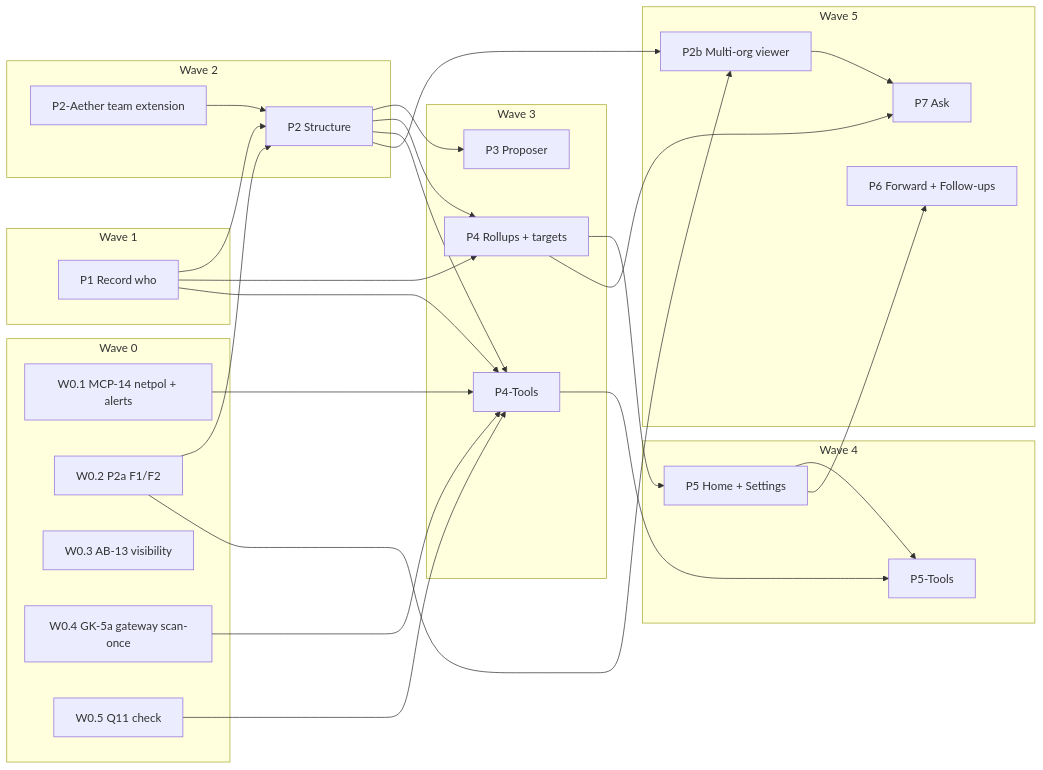
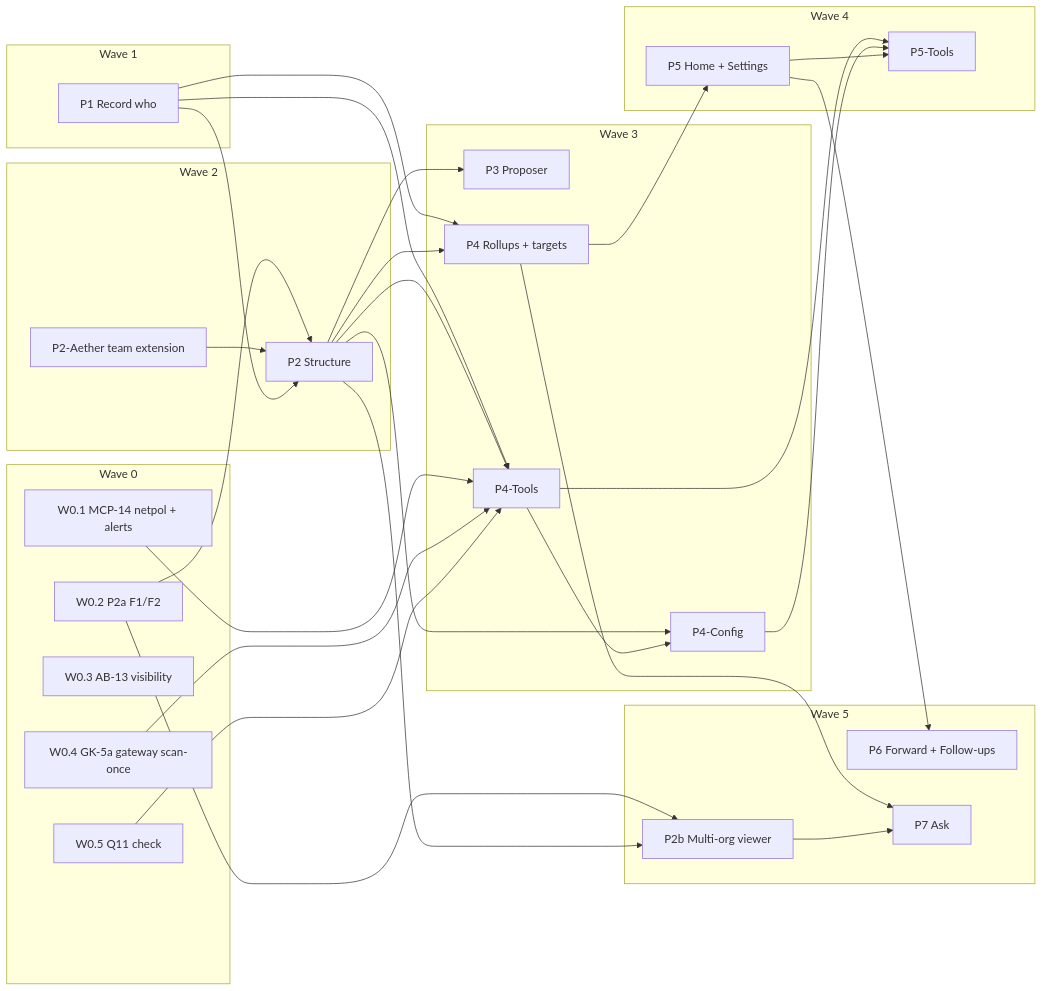
One commit to Tributary-ai-services/aether-shared changed the diagram in data-models/aiqg/org-structure-implementation-plan.md. Above: the diagram before and after it, drawn with Mermaid. The commit also changed other lines of this file and 1 other file, not shown here.

````diff
--- a/data-models/aiqg/org-structure-implementation-plan.md
+++ b/data-models/aiqg/org-structure-implementation-plan.md
@@ -55,50 +57,54 @@
 ```mermaid
 flowchart LR
   subgraph W0[Wave 0]
     MCP14[W0.1 MCP-14 netpol + alerts]
     F12[W0.2 P2a F1/F2]
     AB13[W0.3 AB-13 visibility]
     GK5a[W0.4 GK-5a gateway scan-once]
     Q11[W0.5 Q11 check]
   end
   subgraph W1[Wave 1]
     P1[P1 Record who]
   end
   subgraph W2[Wave 2]
     P2A[P2-Aether team extension]
     P2[P2 Structure]
   end
   subgraph W3[Wave 3]
     P3[P3 Proposer]
     P4[P4 Rollups + targets]
     P4T[P4-Tools]
+    P4C[P4-Config]
   end
   subgraph W4[Wave 4]
     P5[P5 Home + Settings]
     P5T[P5-Tools]
   end
   subgraph W5[Wave 5]
     P2b[P2b Multi-org viewer]
     P6[P6 Forward + Follow-ups]
     P7[P7 Ask]
   end
   F12 --> P2
   P2A --> P2
   P1 --> P2
   P1 --> P4
   P2 --> P3
   P2 --> P4
   P1 --> P4T
   P2 --> P4T
   MCP14 --> P4T
   GK5a --> P4T
   Q11 --> P4T
   P4 --> P5
   P4T --> P5T
+  P2 --> P4C
+  P4T --> P4C
+  P4C --> P5T
   P5 --> P5T
   F12 --> P2b
   P2 --> P2b
   P5 --> P6
   P4 --> P7
   P2b --> P7
 ```
````
